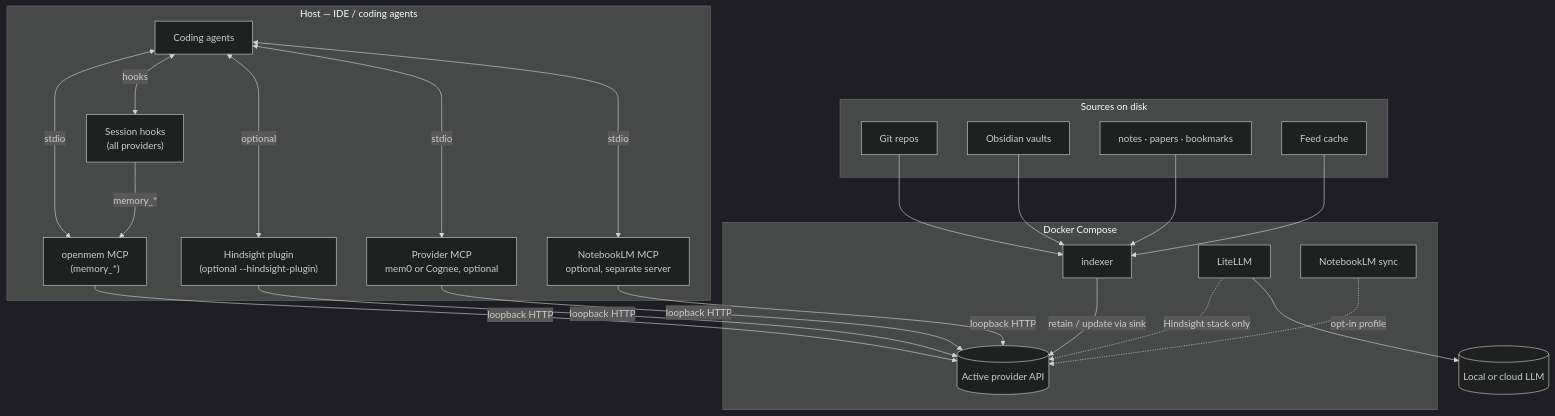
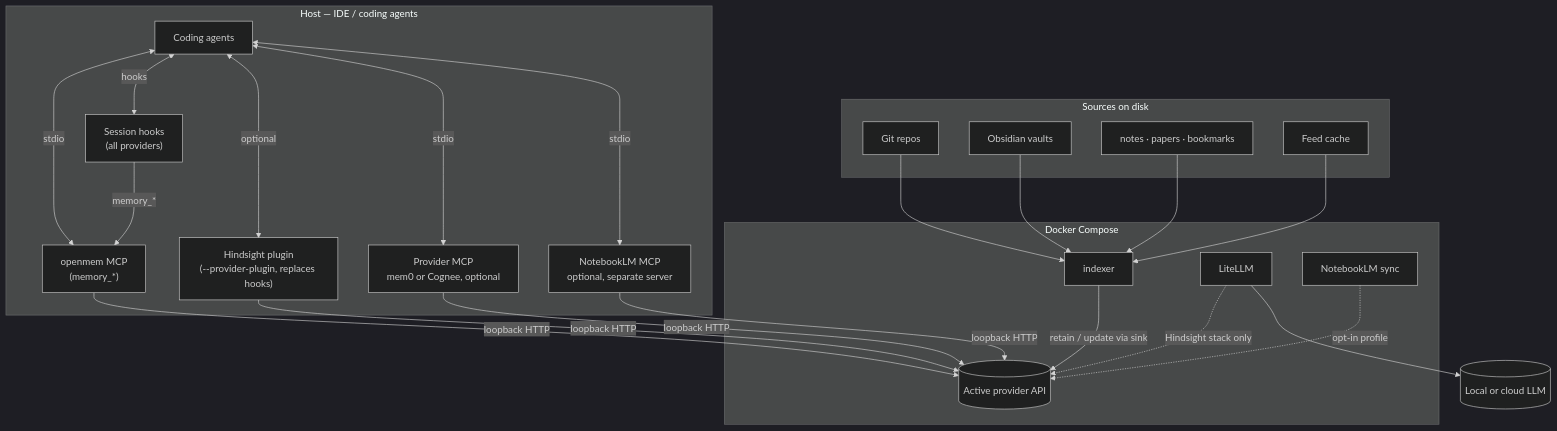
Before and after one commit to bcmyguest/openmem: the first of 2 diagrams in docs/architecture.md, drawn with Mermaid (dark theme). The commit also changed other lines of this file and 19 other files, not shown here.

````diff
--- a/docs/architecture.md
+++ b/docs/architecture.md
@@ -9,45 +9,45 @@
 ```mermaid
 flowchart TB
   subgraph disk["Sources on disk"]
     GIT[Git repos]
     OBS[Obsidian vaults]
     MD[notes · papers · bookmarks]
     FEED[Feed cache]
   end
 
   subgraph compose["Docker Compose"]
     IDX[indexer]
     PROV[(Active provider API)]
     IDX -->|retain / update via sink| PROV
     LIT[LiteLLM]
     NLM[NotebookLM sync]
     LIT -.->|Hindsight stack only| PROV
     NLM -.->|opt-in profile| PROV
   end
 
   LIT --> LLM[(Local or cloud LLM)]
 
   subgraph host["Host — IDE / coding agents"]
     AG[Coding agents]
     UMCP["openmem MCP\n(memory_*)"]
     SHIM["Session hooks\n(all providers)"]
-    PLG["Hindsight plugin\n(optional --hindsight-plugin)"]
+    PLG["Hindsight plugin\n(--provider-plugin, replaces hooks)"]
     PMCP["Provider MCP\nmem0 or Cognee, optional"]
     NLMCP["NotebookLM MCP\noptional, separate server"]
   end
 
   GIT --> IDX
   OBS --> IDX
   MD --> IDX
   FEED --> IDX
   AG <-->|stdio| UMCP
   AG <-->|hooks| SHIM
   AG <-->|optional| PLG
   SHIM -->|memory_*| UMCP
   AG <-->|stdio| PMCP
   AG <-->|stdio| NLMCP
   UMCP -->|loopback HTTP| PROV
   PLG -->|loopback HTTP| PROV
   PMCP -->|loopback HTTP| PROV
   NLMCP -->|loopback HTTP| PROV
 ```
````
